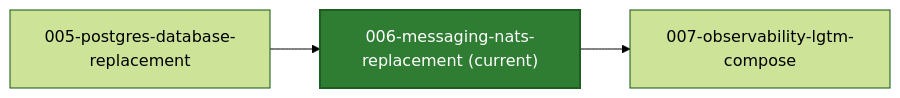
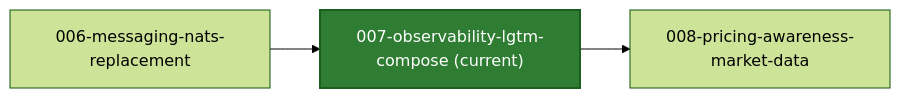
The first of 2 diagrams in README.md (azure-octo/traderX), drawn with Mermaid (forest theme) before and after one commit. The commit also changed other lines of this file and 50 other files, not shown here.

First line of the commit message:
snapshot: 007-observability-lgtm-compose generated from a41e87908ebf8e9d2cd385280eacced32887bb1e

````diff
--- a/README.md
+++ b/README.md
@@ -21,10 +19,10 @@
 ```mermaid
 flowchart LR
-  S_CUR["006-messaging-nats-replacement (current)"]
+  S_CUR["007-observability-lgtm-compose (current)"]
   style S_CUR fill:#2e7d32,stroke:#1b5e20,color:#ffffff,stroke-width:2px
-  S_PREV_005_postgres_database_replacement["005-postgres-database-replacement"] --> S_CUR
-  click S_PREV_005_postgres_database_replacement href "https://github.com/finos/traderX/tree/code%2Fgenerated-state-005-postgres-database-replacement" "Open branch"
-  S_CUR --> S_NEXT_007_observability_lgtm_compose["007-observability-lgtm-compose"]
-  click S_NEXT_007_observability_lgtm_compose href "https://github.com/finos/traderX/tree/code%2Fgenerated-state-007-observability-lgtm-compose" "Open branch"
-  click S_CUR href "https://github.com/finos/traderX/tree/code%2Fgenerated-state-006-messaging-nats-replacement" "Open current branch"
+  S_PREV_006_messaging_nats_replacement["006-messaging-nats-replacement"] --> S_CUR
+  click S_PREV_006_messaging_nats_replacement href "https://github.com/finos/traderX/tree/code%2Fgenerated-state-006-messaging-nats-replacement" "Open branch"
+  S_CUR --> S_NEXT_008_pricing_awareness_market_data["008-pricing-awareness-market-data"]
+  click S_NEXT_008_pricing_awareness_market_data href "https://github.com/finos/traderX/tree/code%2Fgenerated-state-008-pricing-awareness-market-data" "Open branch"
+  click S_CUR href "https://github.com/finos/traderX/tree/code%2Fgenerated-state-007-observability-lgtm-compose" "Open current branch"
 ```
````
